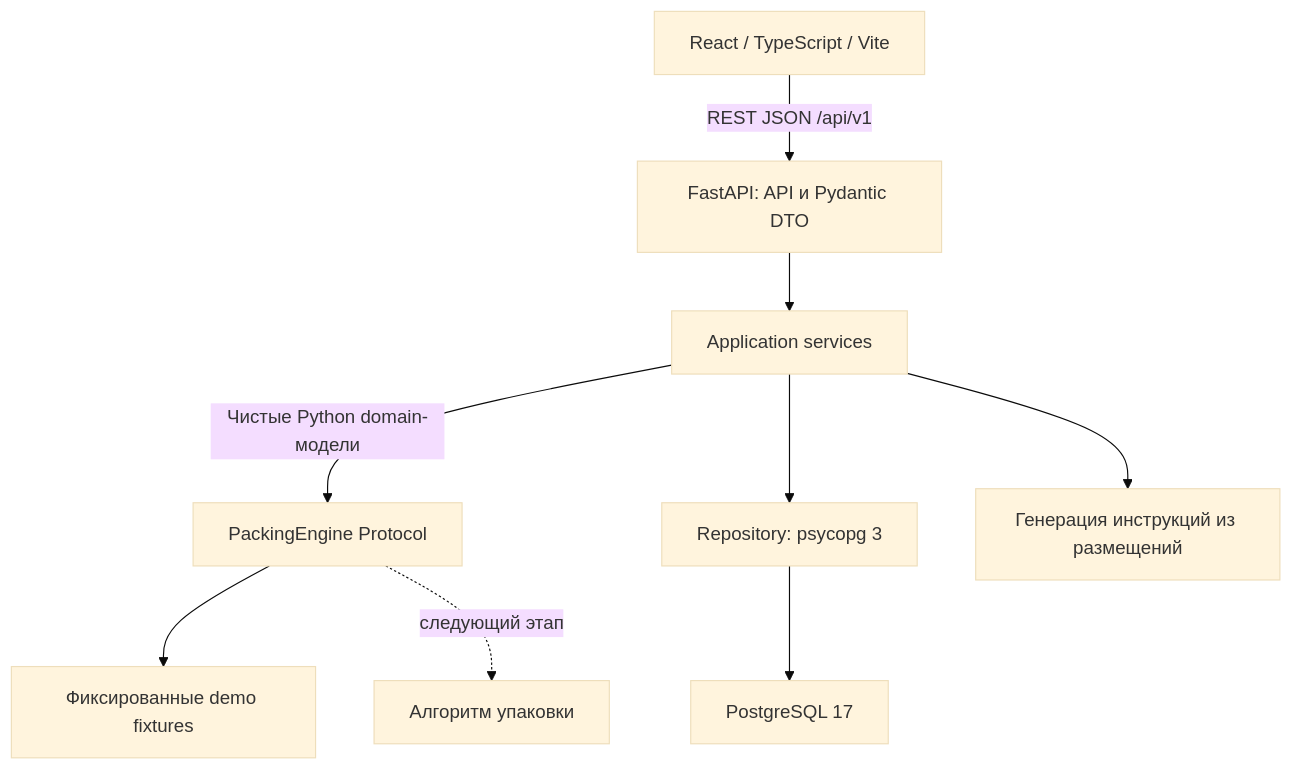
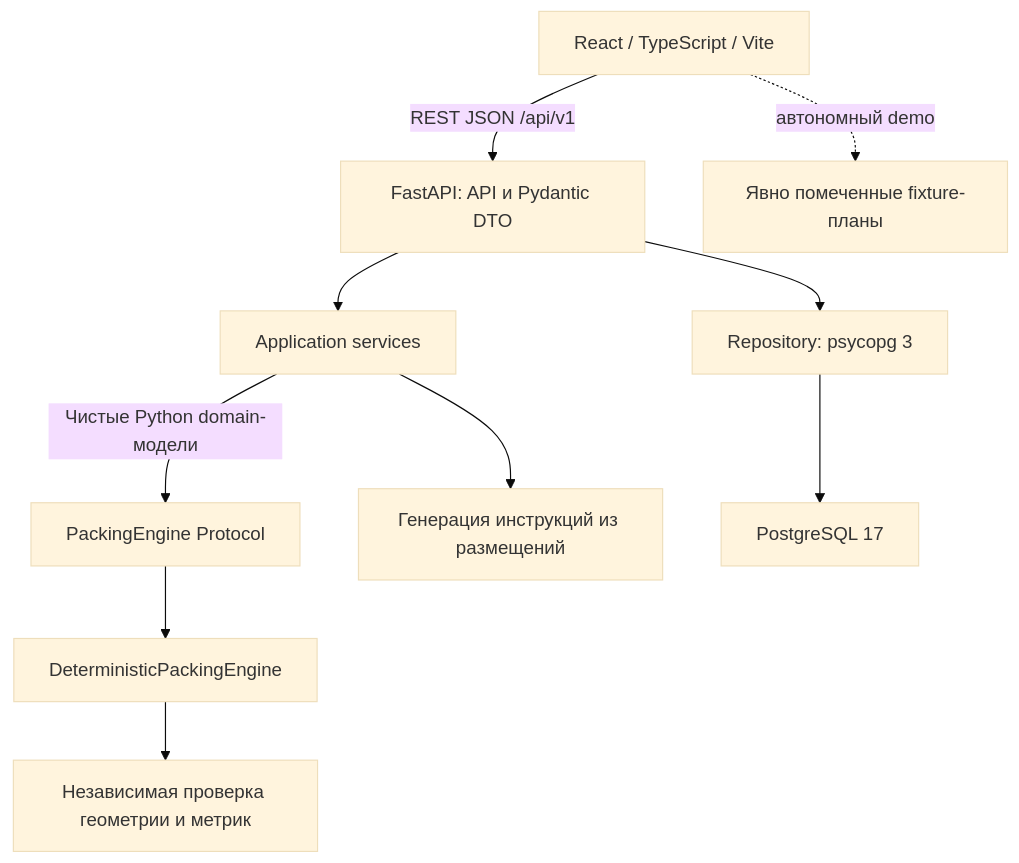
The diagram in docs/ARCHITECTURE.md (LongDude/DunCarBox), drawn with Mermaid (base theme) before and after one commit. The commit also changed other lines of this file and 17 other files, not shown here.

````diff
--- a/docs/ARCHITECTURE.md
+++ b/docs/ARCHITECTURE.md
@@ -9,11 +9,12 @@
 ```mermaid
 flowchart TD
     UI[React / TypeScript / Vite] -->|REST JSON /api/v1| API[FastAPI: API и Pydantic DTO]
     API --> Service[Application services]
     Service -->|Чистые Python domain-модели| Engine[PackingEngine Protocol]
-    Service --> Storage[Repository: psycopg 3]
+    API --> Storage[Repository: psycopg 3]
     Storage --> PostgreSQL[PostgreSQL 17]
-    Engine --> Stub[Фиксированные demo fixtures]
-    Engine -. следующий этап .-> Packing[Алгоритм упаковки]
+    Engine --> Packing[DeterministicPackingEngine]
+    Packing --> Validation[Независимая проверка геометрии и метрик]
+    UI -. автономный demo .-> Stub[Явно помеченные fixture-планы]
     Service --> Instructions[Генерация инструкций из размещений]
 ```
````
